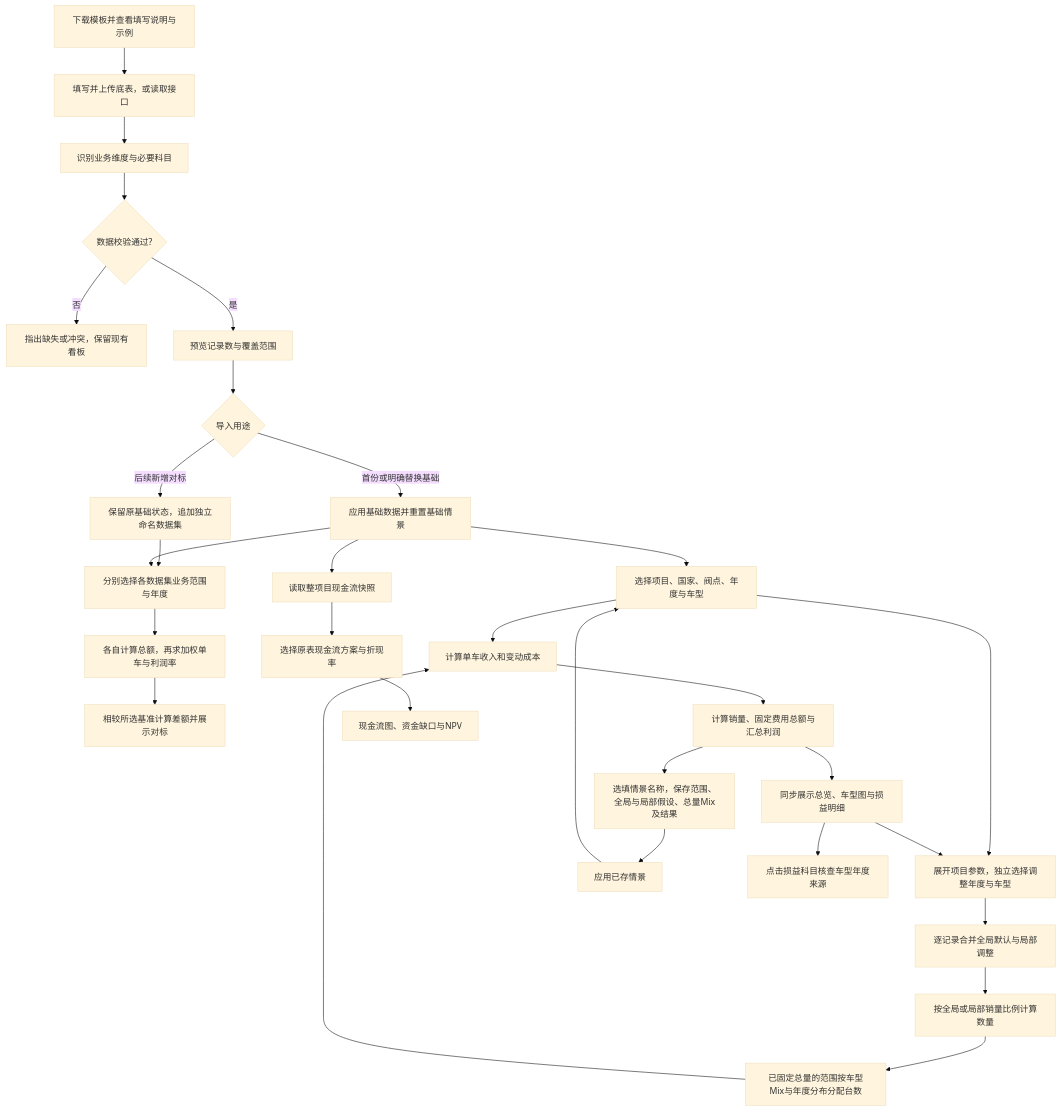
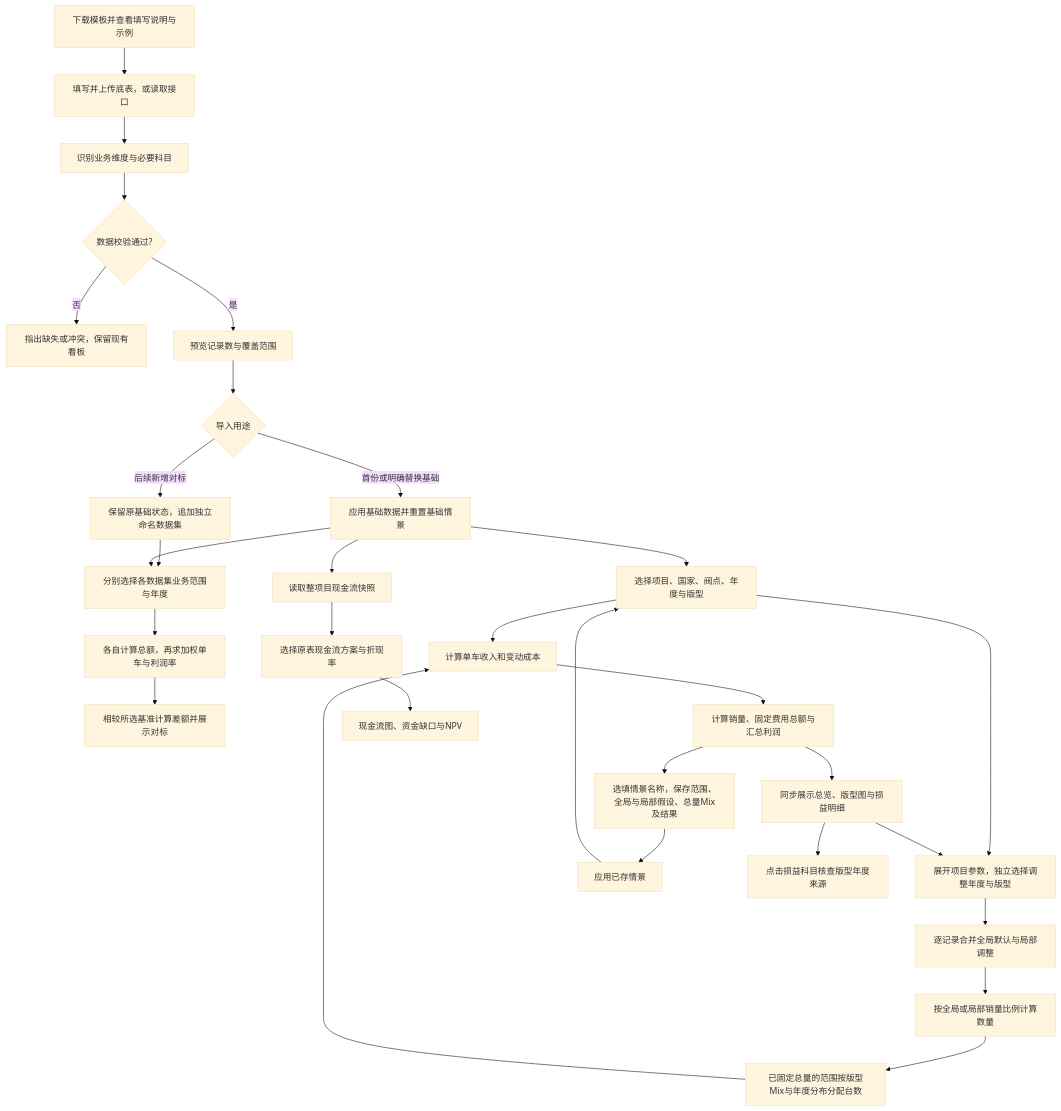
One commit to yinpengtao2002-ai/yinpengtao2002-ai.github.io changed the diagram in public/checkmi/业务逻辑说明.md. Above: the diagram before and after it, drawn with Mermaid (base theme). The commit also changed other lines of this file and 10 other files, not shown here.

````diff
--- a/public/checkmi/业务逻辑说明.md
+++ b/public/checkmi/业务逻辑说明.md
@@ -64,32 +73,32 @@
 ```mermaid
 flowchart TD
  A0[下载模板并查看填写说明与示例] --> A[填写并上传底表，或读取接口]
  A --> B[识别业务维度与必要科目]
  B --> C{数据校验通过?}
  C -- 否 --> D[指出缺失或冲突，保留现有看板]
  C -- 是 --> E[预览记录数与覆盖范围]
  E --> F0{导入用途}
  F0 -- 首份或明确替换基础 --> F[应用基础数据并重置基础情景]
  F0 -- 后续新增对标 --> B0[保留原基础状态，追加独立命名数据集]
  B0 --> B1[分别选择各数据集业务范围与年度]
  F --> B1
  B1 --> B2[各自计算总额，再求加权单车与利润率]
  B2 --> B3[相较所选基准计算差额并展示对标]
- F --> G[选择项目、国家、阀点、年度与车型]
+ F --> G[选择项目、国家、阀点、年度与版型]
  G --> H
- G --> K[展开项目参数，独立选择调整年度与车型]
+ G --> K[展开项目参数，独立选择调整年度与版型]
  K --> K2[逐记录合并全局默认与局部调整]
  K2 --> K3[按全局或局部销量比例计算数量]
- K3 --> K4[已固定总量的范围按车型Mix与年度分布分配台数]
+ K3 --> K4[已固定总量的范围按版型Mix与年度分布分配台数]
  K4 --> H[计算单车收入和变动成本]
  H --> I[计算销量、固定费用总额与汇总利润]
- I --> J[同步展示总览、车型图与损益明细]
+ I --> J[同步展示总览、版型图与损益明细]
  J --> K
  I --> L[选填情景名称，保存范围、全局与局部假设、总量Mix及结果]
  L --> P[应用已存情景]
  P --> G
- J --> Q[点击损益科目核查车型年度来源]
+ J --> Q[点击损益科目核查版型年度来源]
  F --> M[读取整项目现金流快照]
  M --> N[选择原表现金流方案与折现率]
  N --> O[现金流图、资金缺口与NPV]
 ```
````
